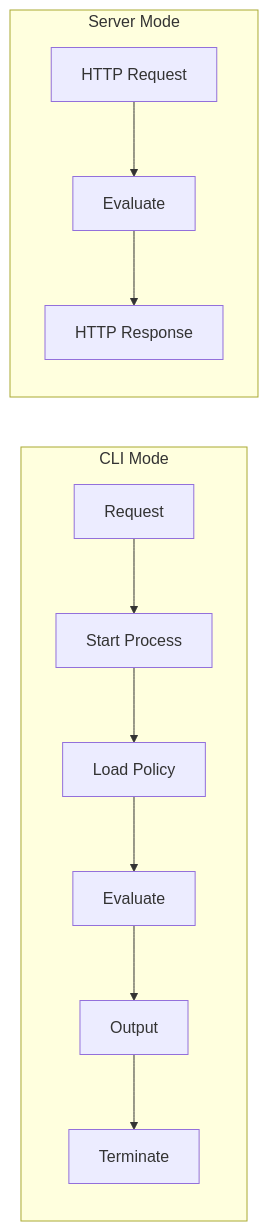
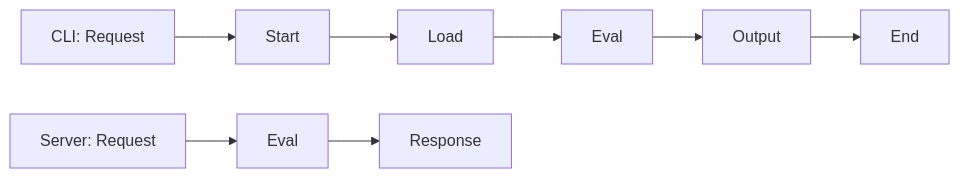
Before and after one commit to emsilva/mannustack-blog: the third of 3 diagrams in content/posts/opa-performance-investigation.md, drawn with Mermaid. The commit also changed other lines of this file and 1 other file, not shown here.

Commit message:
🚑️ fix: replace problematic custom chart with Chart.js and simplify Mermaid diagrams
Bar Chart Solution:
- Replaced failing custom CSS bar chart with Chart.js library
- Chart.js provides reliable rendering like Mermaid but for charts
- Clean, professional look with proper tooltips and responsive design
- Colors match site theme with consistent typography
- Fixed title overlap issue completely

Mermaid Fixes:
- Simplified third diagram by removing problematic styling
- Removed subgraph complexity that caused rendering issues
- Made CLI vs Server comparison cleaner and more readable
- All diagrams now use consistent LR orientation and simplified labels

Chart.js Benefits:
- Industry standard, battle-tested library
- Automatic responsiveness and accessibility
- Consistent rendering across browsers
- Easy to maintain and modify
- Professional tooltips and interactions

````diff
--- a/content/posts/opa-performance-investigation.md
+++ b/content/posts/opa-performance-investigation.md
@@ -132,14 +132,5 @@
 ```mermaid
 graph LR
-    subgraph CLI["CLI Mode"]
-        A[Request] --> B[Start Process]
-        B --> C[Load Policy]
-        C --> D[Evaluate]
-        D --> E[Output]
-        E --> F[Terminate]
-    end
-    subgraph SRV["Server Mode"]
-        G[HTTP Request] --> H[Evaluate]
-        H --> I[HTTP Response]
-    end
+    A[CLI: Request] --> B[Start] --> C[Load] --> D[Eval] --> E[Output] --> F[End]
+    G[Server: Request] --> H[Eval] --> I[Response]
 ```
````
